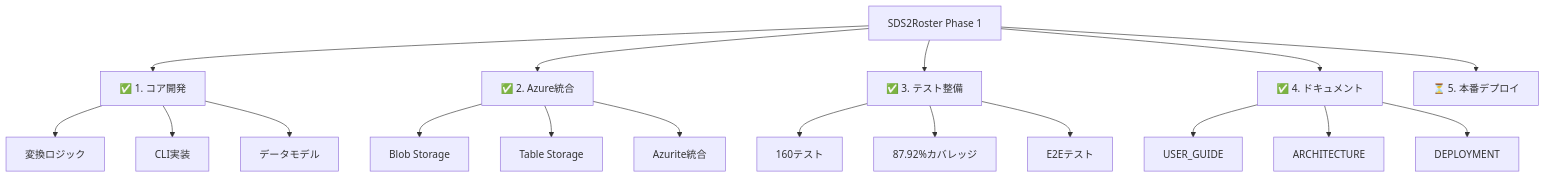
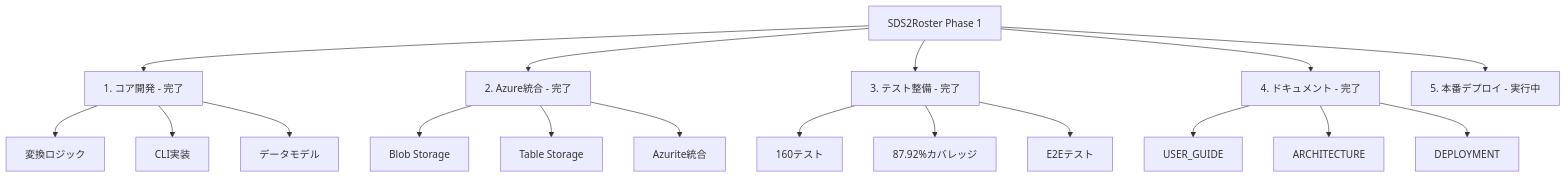
Before and after one commit to nahisaho/SDS2Roster: the first of 6 diagrams in docs/project/01_project_management_plan.md, drawn with Mermaid. The commit also changed other lines of this file and 3 other files, not shown here.

````diff
--- a/docs/project/01_project_management_plan.md
+++ b/docs/project/01_project_management_plan.md
@@ -51,24 +51,24 @@
 ```mermaid
 graph TD
-    A[SDS2Roster Phase 1] --> B[✅ 1. コア開発]
-    A --> C[✅ 2. Azure統合]
-    A --> D[✅ 3. テスト整備]
-    A --> E[✅ 4. ドキュメント]
-    A --> F[⏳ 5. 本番デプロイ]
+    A[SDS2Roster Phase 1] --> B[1. コア開発 - 完了]
+    A --> C[2. Azure統合 - 完了]
+    A --> D[3. テスト整備 - 完了]
+    A --> E[4. ドキュメント - 完了]
+    A --> F[5. 本番デプロイ - 実行中]
     
     B --> B1[変換ロジック]
     B --> B2[CLI実装]
     B --> B3[データモデル]
     
     C --> C1[Blob Storage]
     C --> C2[Table Storage]
     C --> C3[Azurite統合]
     
     D --> D1[160テスト]
     D --> D2[87.92%カバレッジ]
     D --> D3[E2Eテスト]
     
     E --> E1[USER_GUIDE]
     E --> E2[ARCHITECTURE]
     E --> E3[DEPLOYMENT]
 ```
````
